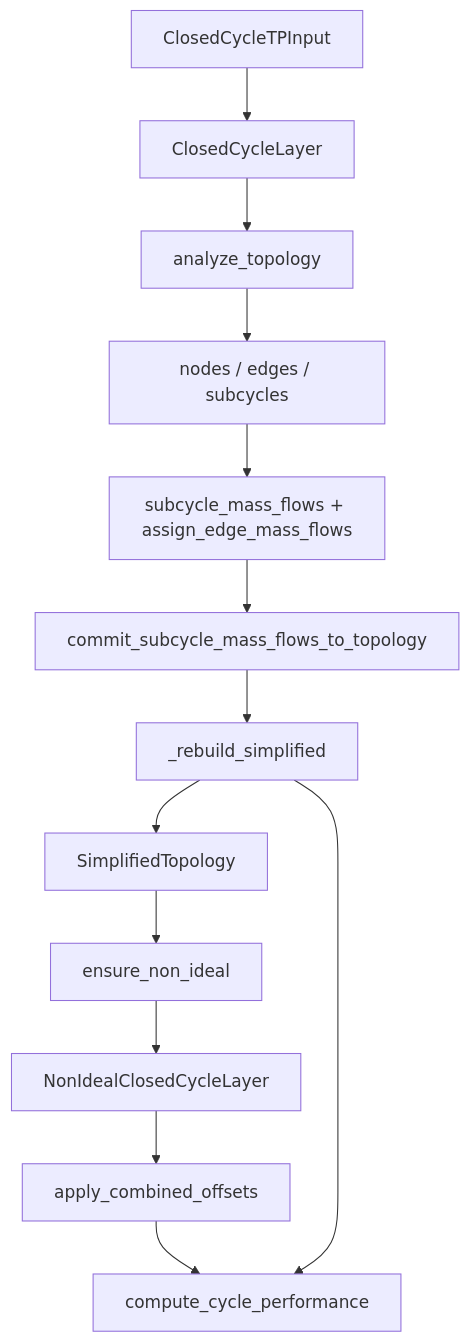
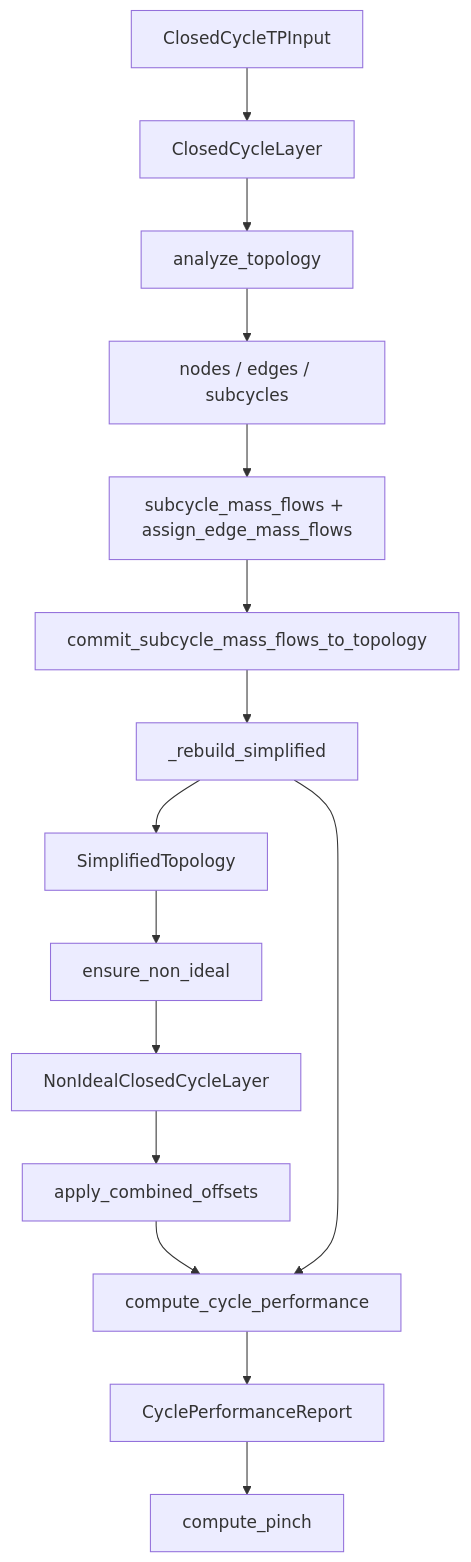
The diagram in docs/architecture.md (AkiVIVY/CyGES), drawn with Mermaid before and after one commit. The commit also changed other lines of this file and 2 other files, not shown here.

First line of the commit message:
文档对齐：README / AGENTS / architecture 同步 T-Q 曲线与夹点分析功能

````diff
--- a/docs/architecture.md
+++ b/docs/architecture.md
@@ -11,15 +11,17 @@
 ```mermaid
 flowchart TD
     inp[ClosedCycleTPInput] --> layer[ClosedCycleLayer]
     layer --> analyze[analyze_topology]
     analyze --> topo[nodes / edges / subcycles]
     topo --> mf[subcycle_mass_flows + assign_edge_mass_flows]
     mf --> commit[commit_subcycle_mass_flows_to_topology]
     commit --> simp[_rebuild_simplified]
     simp --> simplified[SimplifiedTopology]
     simplified --> ensure[ensure_non_ideal]
     ensure --> ni[NonIdealClosedCycleLayer]
     ni --> off[apply_combined_offsets]
     off --> perf[compute_cycle_performance]
     simp --> perf
+    perf --> report[CyclePerformanceReport]
+    report --> pinch[compute_pinch]
 ```
````
